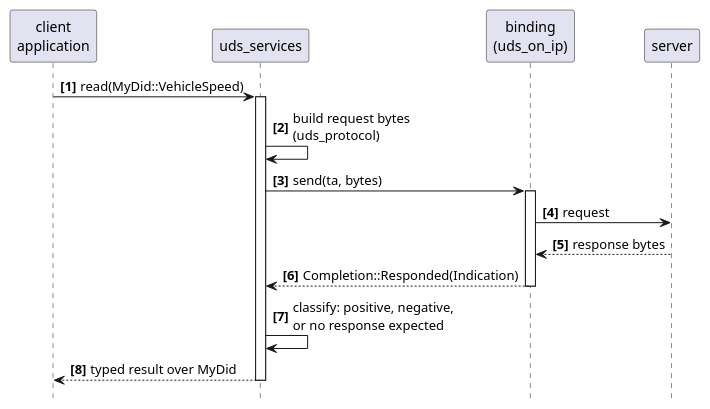
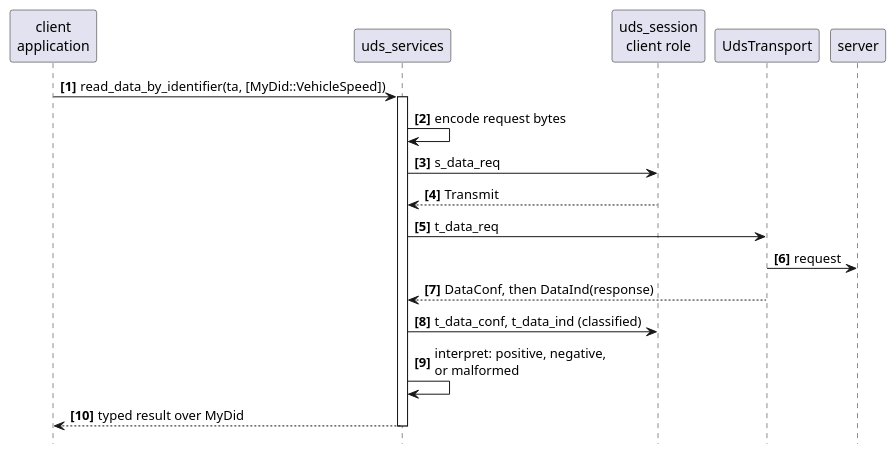
One commit to luminartech/uds_stack changed the first of 2 diagrams in docs/architecture/client-surface.rst. Above: the diagram before and after it, drawn with PlantUML. The commit also changed other lines of this file and 22 other files, not shown here.

First line of the commit message:
feat!: the uds_services client, physical and functional reads end to end (W8) (#51)

```diff
--- a/docs/architecture/client-surface.rst
+++ b/docs/architecture/client-surface.rst
@@ -36,27 +28,29 @@
 .. uml::
    :align: center
-   :caption: A typed client request. Steps 2 and 7 are what this crate adds; everything
-             between them is the binding's.
+   :caption: A typed client request. Steps 2 and 9 are the encoding and the
+             interpretation; between them this crate's driver runs the exchange through
+             uds_session over the transport.
 
    @startuml
    autonumber "<b>[0]"
    hide footbox
 
    participant "client\napplication" as APP
    participant "uds_services" as V
-   participant "binding\n(uds_on_ip)" as I
+   participant "uds_session\nclient role" as SES
+   participant "UdsTransport" as T
    participant server as S
 
-   APP -> V : read(MyDid::VehicleSpeed)
+   APP -> V : read_data_by_identifier(ta, [MyDid::VehicleSpeed])
    activate V
-   V -> V : build request bytes\n(uds_protocol)
-   V -> I : send(ta, bytes)
-   activate I
-   I -> S : request
-   S --> I : response bytes
-   I --> V : Completion::Responded(Indication)
-   deactivate I
-   V -> V : classify: positive, negative,\nor no response expected
+   V -> V : encode request bytes
+   V -> SES : s_data_req
+   SES --> V : Transmit
+   V -> T : t_data_req
+   T -> S : request
+   T --> V : DataConf, then DataInd(response)
+   V -> SES : t_data_conf, t_data_ind (classified)
+   V -> V : interpret: positive, negative,\nor malformed
    V --> APP : typed result over MyDid
    deactivate V
    @enduml
```
